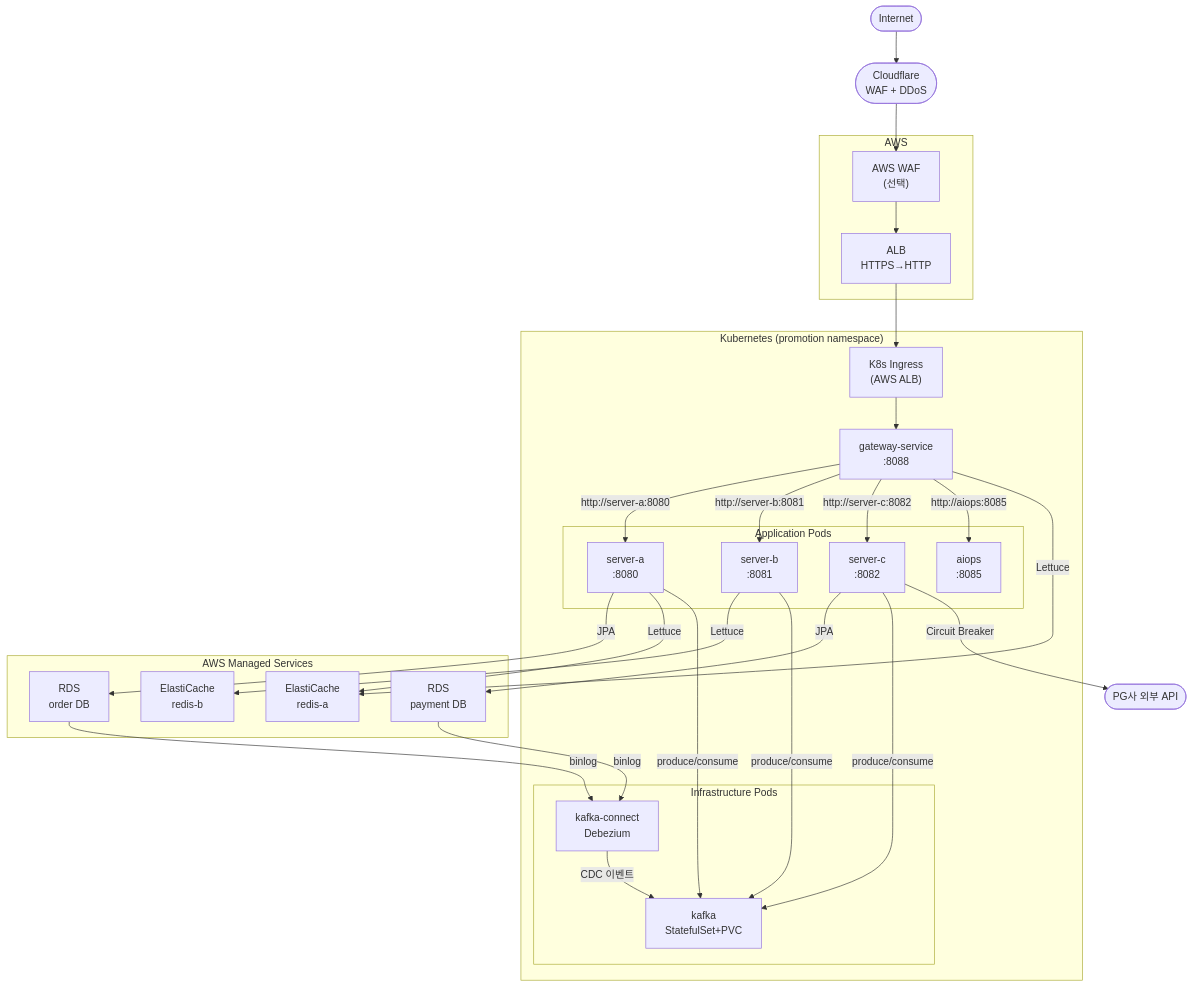
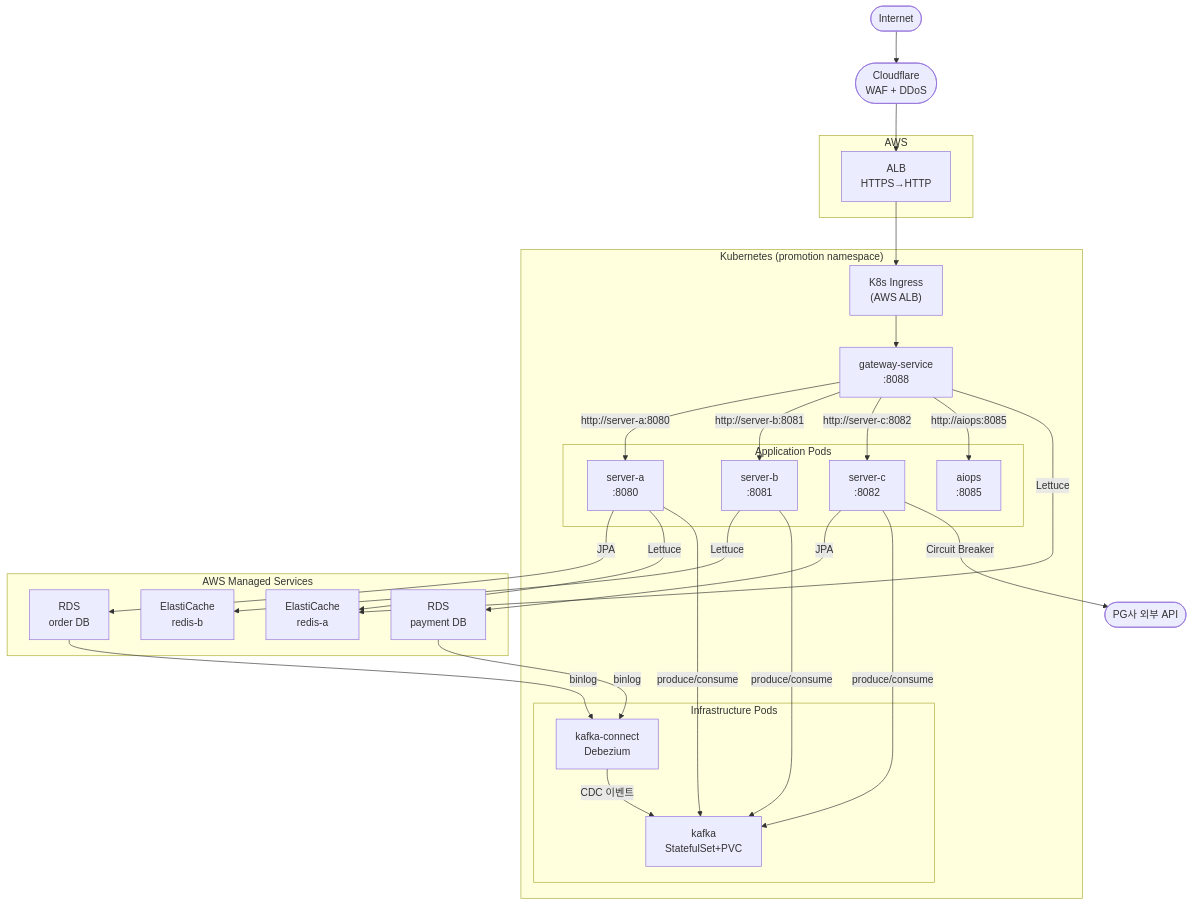
The second of 3 diagrams in docs/infra-diagram.md (michi2012/goods-promotion-project), drawn with Mermaid before and after one commit.

Commit message:
docs: infra 다이어그램 K8s에서 AWS WAF 제거 (Cloudflare로 대체)

````diff
--- a/docs/infra-diagram.md
+++ b/docs/infra-diagram.md
@@ -75,57 +75,56 @@
 ```mermaid
 flowchart TD
     Internet(["Internet"])
     CF(["Cloudflare\nWAF + DDoS"])
 
     subgraph AWS["AWS"]
         ALB["ALB\nHTTPS→HTTP"]
-        WAF["AWS WAF\n(선택)"]
     end
 
     subgraph K8s["Kubernetes (promotion namespace)"]
         ING["K8s Ingress\n(AWS ALB)"]
         GW["gateway-service\n:8088"]
 
         subgraph App["Application Pods"]
             A["server-a\n:8080"]
             B["server-b\n:8081"]
             C["server-c\n:8082"]
             AIO["aiops\n:8085"]
         end
 
         subgraph Infra["Infrastructure Pods"]
             KF["kafka\nStatefulSet+PVC"]
             KC["kafka-connect\nDebezium"]
         end
     end
 
     subgraph AWSManaged["AWS Managed Services"]
         RDS_A["RDS\norder DB"]
         RDS_C["RDS\npayment DB"]
         EC_A["ElastiCache\nredis-a"]
         EC_B["ElastiCache\nredis-b"]
     end
 
     PG(["PG사 외부 API"])
 
-    Internet --> CF --> WAF --> ALB --> ING --> GW
+    Internet --> CF --> ALB --> ING --> GW
     GW -->|"http://server-a:8080"| A
     GW -->|"http://server-b:8081"| B
     GW -->|"http://server-c:8082"| C
     GW -->|"http://aiops:8085"| AIO
 
     A -->|"JPA"| RDS_A
     A -->|"Lettuce"| EC_A
     A -->|"produce/consume"| KF
     B -->|"Lettuce"| EC_B
     B -->|"produce/consume"| KF
     C -->|"JPA"| RDS_C
     C -->|"produce/consume"| KF
     GW -->|"Lettuce"| EC_A
 
     RDS_A -->|"binlog"| KC
     RDS_C -->|"binlog"| KC
     KC -->|"CDC 이벤트"| KF
 
     C -->|"Circuit Breaker"| PG
 ```
````
